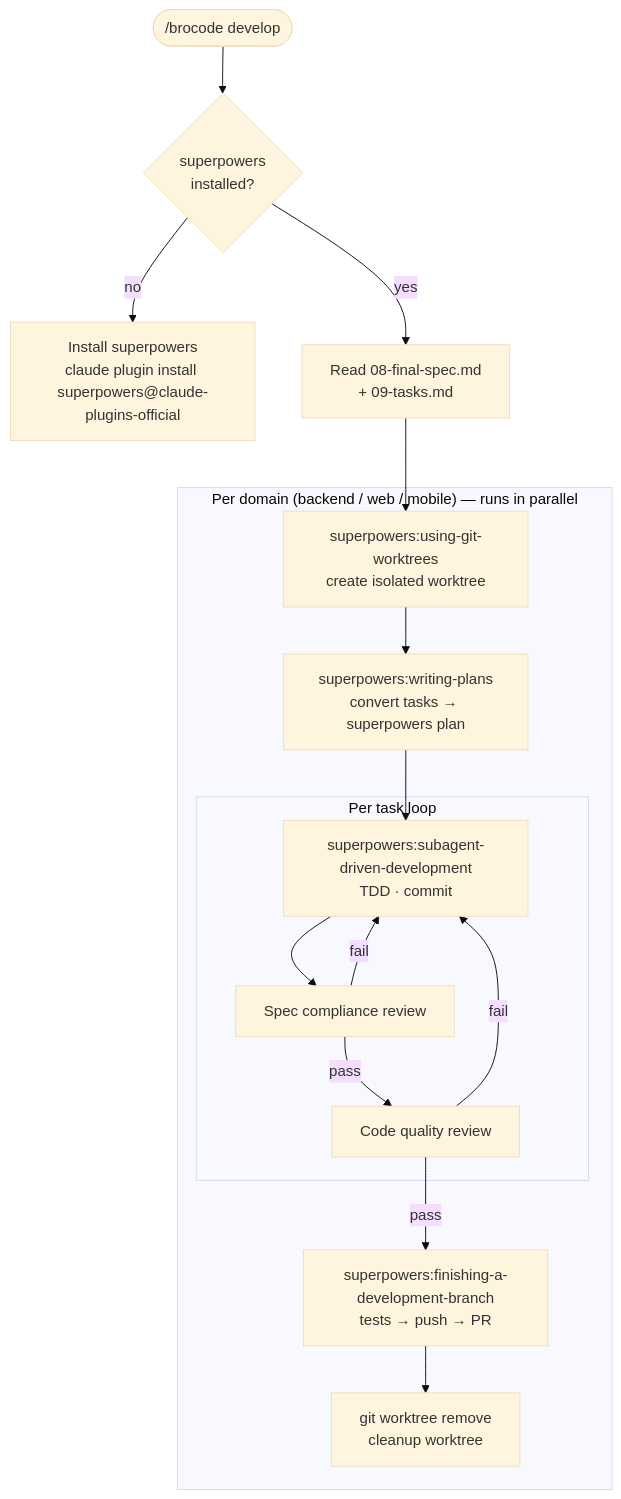
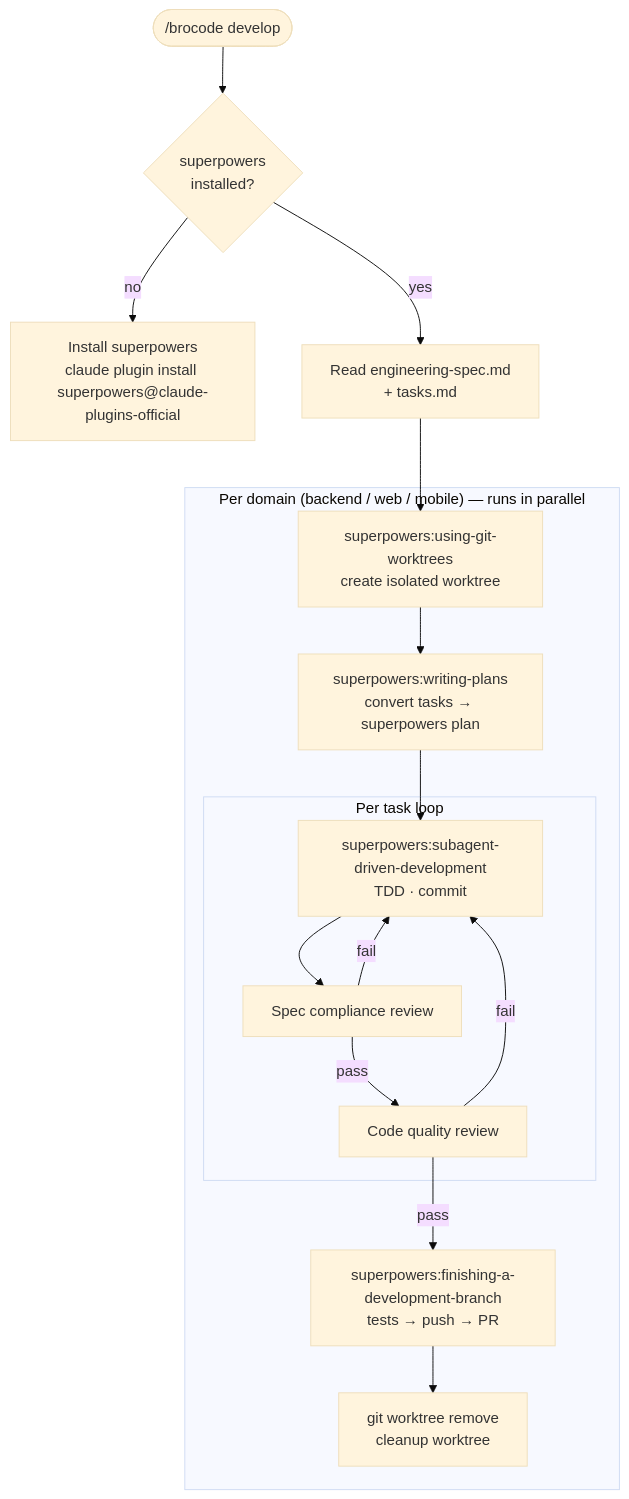
The third of 7 diagrams in README.md (im-adarsh/brocode), drawn with Mermaid (base theme) before and after one commit. The commit also changed other lines of this file and 15 other files, not shown here.

First line of the commit message:
feat: flat artifact names, e2e mermaid in ux.md, revision workflow

````diff
--- a/README.md
+++ b/README.md
@@ -180,29 +180,29 @@
 ```mermaid
 flowchart TD
     A(["/brocode develop"])
     CHECK{"superpowers\ninstalled?"}
     INSTALL["Install superpowers\nclaude plugin install superpowers@claude-plugins-official"]
-    TASKS["Read 08-final-spec.md\n+ 09-tasks.md"]
+    TASKS["Read engineering-spec.md\n+ tasks.md"]
 
     subgraph DOMAIN["Per domain (backend / web / mobile) — runs in parallel"]
         WT["superpowers:using-git-worktrees\ncreate isolated worktree"]
         PLAN["superpowers:writing-plans\nconvert tasks → superpowers plan"]
         subgraph LOOP["Per task loop"]
             IMPL["superpowers:subagent-driven-development\nTDD · commit"]
             SPEC_R["Spec compliance review"]
             QUAL_R["Code quality review"]
         end
         FINISH["superpowers:finishing-a-development-branch\ntests → push → PR"]
         CLEAN["git worktree remove\ncleanup worktree"]
     end
 
     A --> CHECK
     CHECK -->|"no"| INSTALL
     CHECK -->|"yes"| TASKS
     TASKS --> WT --> PLAN --> IMPL
     IMPL --> SPEC_R -->|"pass"| QUAL_R
     QUAL_R -->|"pass"| FINISH
     FINISH --> CLEAN
     SPEC_R -->|"fail"| IMPL
     QUAL_R -->|"fail"| IMPL
 ```
````
